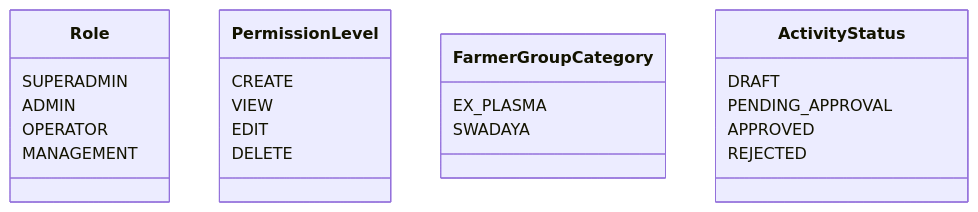
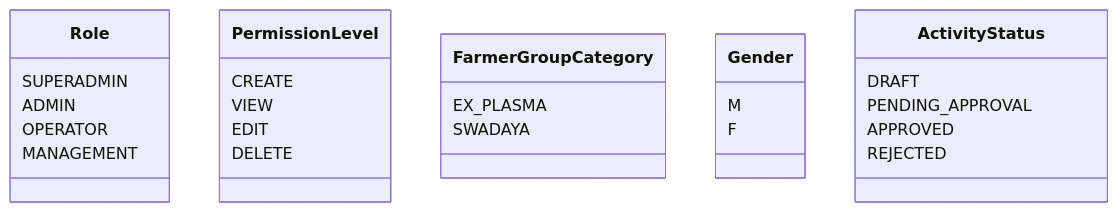
Before and after one commit to WRI-Indonesia/mis-smallholder-hub: the second of 4 diagrams in docs/database-schema.md, drawn with Mermaid. The commit also changed other lines of this file and 9 other files, not shown here.

````diff
--- a/docs/database-schema.md
+++ b/docs/database-schema.md
@@ -215,28 +238,33 @@
 ```mermaid
 classDiagram
     class Role {
         SUPERADMIN
         ADMIN
         OPERATOR
         MANAGEMENT
     }
 
     class PermissionLevel {
         CREATE
         VIEW
         EDIT
         DELETE
     }
 
     class FarmerGroupCategory {
         EX_PLASMA
         SWADAYA
     }
 
+    class Gender {
+        M
+        F
+    }
+
     class ActivityStatus {
         DRAFT
         PENDING_APPROVAL
         APPROVED
         REJECTED
     }
 ```
````
